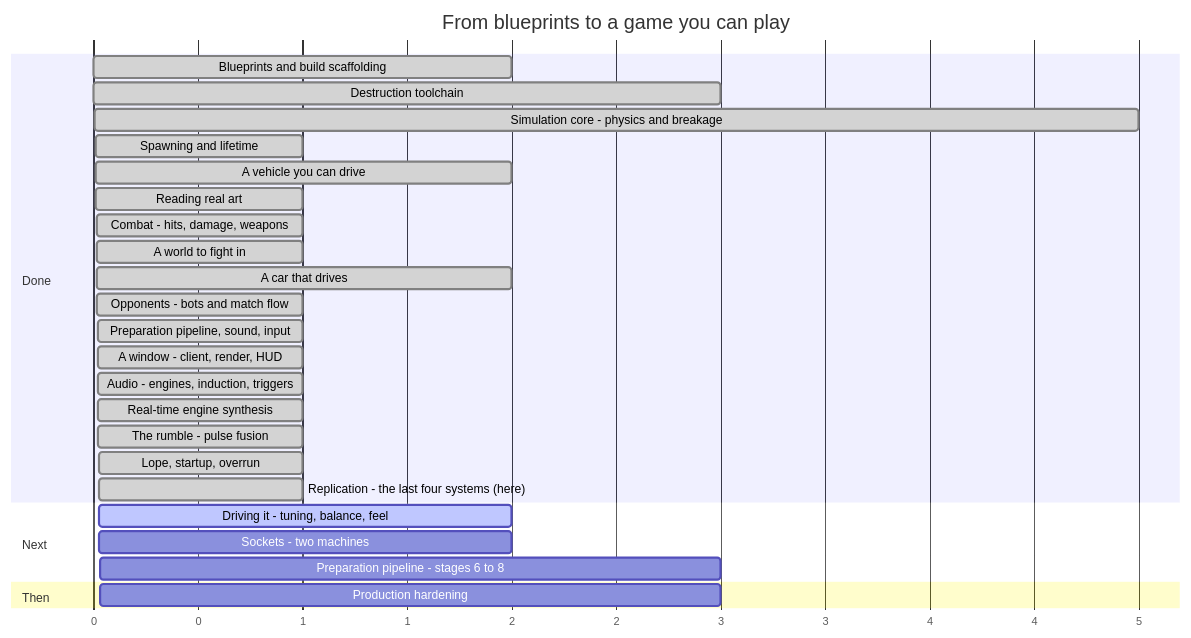
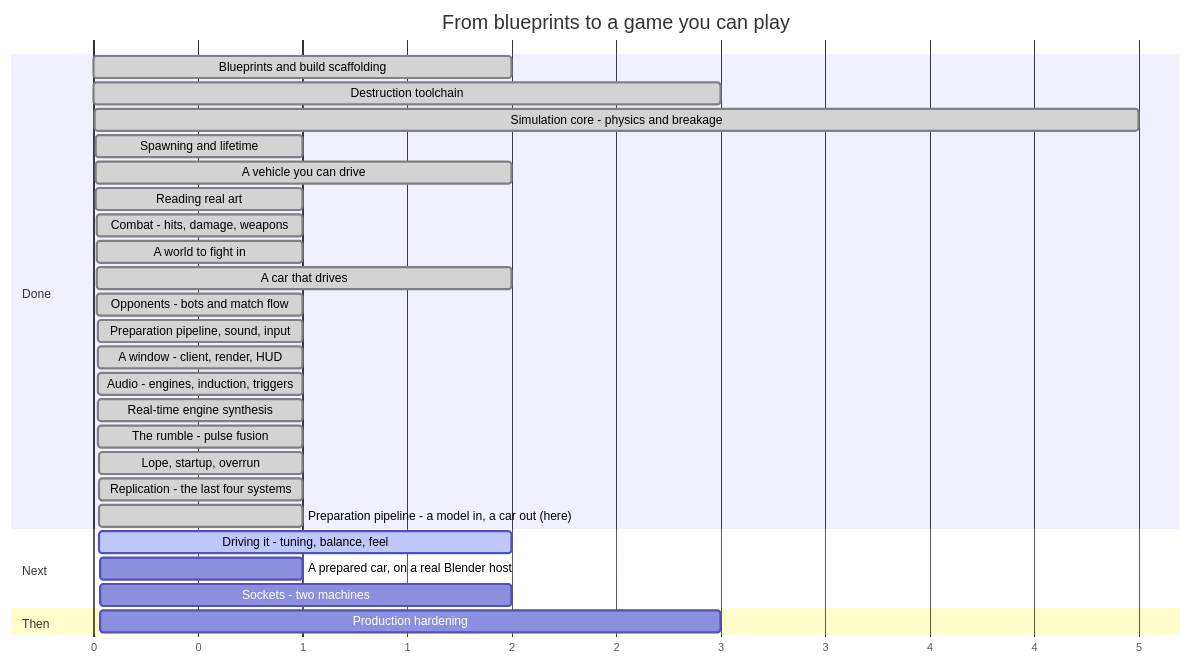
Before and after one commit to RobLobsta/Syndicate: the diagram in ROADMAP.md, drawn with Mermaid. The commit also changed other lines of this file and 32 other files, not shown here.

````diff
--- a/ROADMAP.md
+++ b/ROADMAP.md
@@ -19,33 +20,34 @@
 ```mermaid
 gantt
     title From blueprints to a game you can play
     dateFormat X
     axisFormat %s
 
     section Done
     Blueprints and build scaffolding        :done, p0, 0, 2
     Destruction toolchain                   :done, p1, 2, 3
     Simulation core - physics and breakage   :done, p2, 5, 5
     Spawning and lifetime                   :done, p3, 10, 1
     A vehicle you can drive                 :done, p4, 11, 2
     Reading real art                        :done, p6a, 13, 1
     Combat - hits, damage, weapons          :done, p5, 14, 1
     A world to fight in                     :done, p6, 15, 1
     A car that drives                       :done, p6b, 16, 2
     Opponents - bots and match flow         :done, p8, 18, 1
     Preparation pipeline, sound, input      :done, p6c, 19, 1
     A window - client, render, HUD          :done, p7, 20, 1
     Audio - engines, induction, triggers    :done, p7b, 21, 1
     Real-time engine synthesis              :done, p7c, 22, 1
     The rumble - pulse fusion               :done, p7d, 23, 1
     Lope, startup, overrun                  :done, p7e, 24, 1
-    Replication - the last four systems (here) :done, p9a, 25, 1
+    Replication - the last four systems     :done, p9a, 25, 1
+    Preparation pipeline - a model in, a car out (here) :done, p6d, 26, 1
 
     section Next
-    Driving it - tuning, balance, feel      :active, p11, 26, 2
-    Sockets - two machines                  :p9b, 28, 2
-    Preparation pipeline - stages 6 to 8    :p6d, 30, 3
+    Driving it - tuning, balance, feel      :active, p11, 27, 2
+    A prepared car, on a real Blender host  :p6e, 29, 1
+    Sockets - two machines                  :p9b, 30, 2
 
     section Then
-    Production hardening                    :p10, 33, 3
+    Production hardening                    :p10, 32, 3
 ```
````
